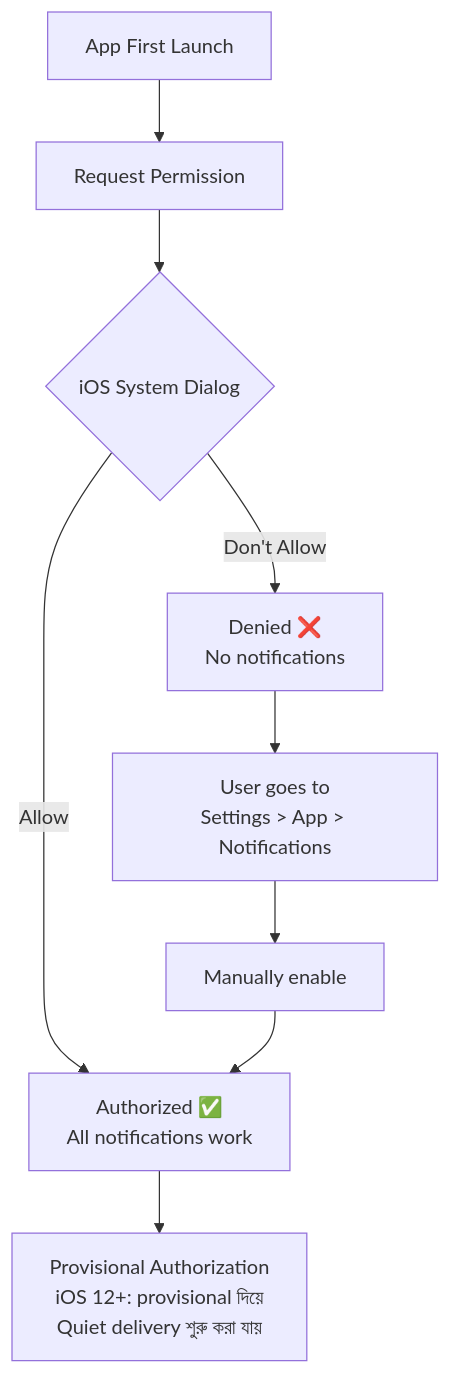
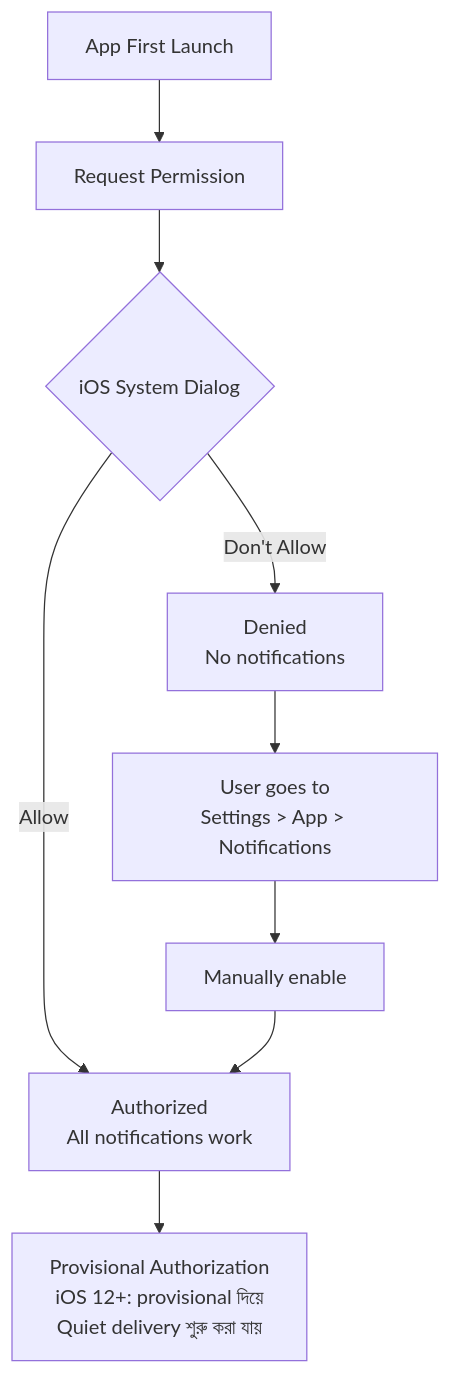
One commit to yousufCse/engineer-codex changed the sixth of 10 diagrams in flutter/notification_background_guide.md. Above: the diagram before and after it, drawn with Mermaid. The commit also changed other lines of this file and 8 other files, not shown here.

````diff
--- a/flutter/notification_background_guide.md
+++ b/flutter/notification_background_guide.md
@@ -1186,11 +1186,11 @@
 ```mermaid
 flowchart TD
     A[App First Launch] --> B[Request Permission]
     B --> C{iOS System Dialog}
-    C -->|Allow| D[Authorized ✅\nAll notifications work]
-    C -->|Don't Allow| E[Denied ❌\nNo notifications]
+    C -->|Allow| D[Authorized \nAll notifications work]
+    C -->|Don't Allow| E[Denied \nNo notifications]
     E --> F[User goes to\nSettings > App > Notifications]
     F --> G[Manually enable]
     G --> D
     D --> H[Provisional Authorization\niOS 12+: provisional দিয়ে\nQuiet delivery শুরু করা যায়]
 ```
````
